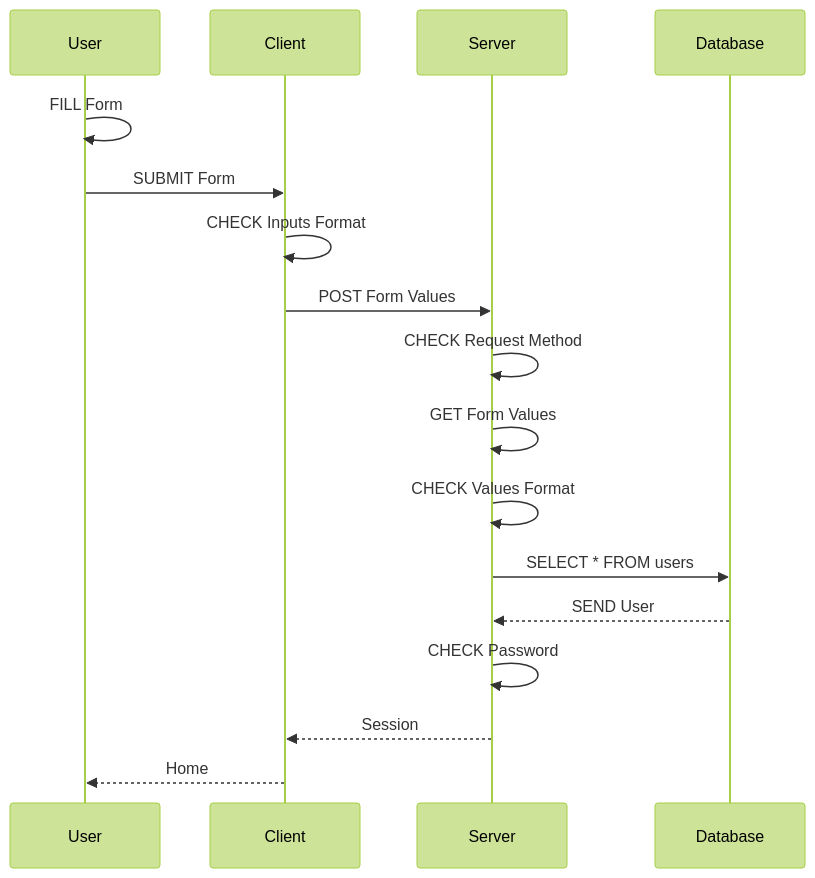
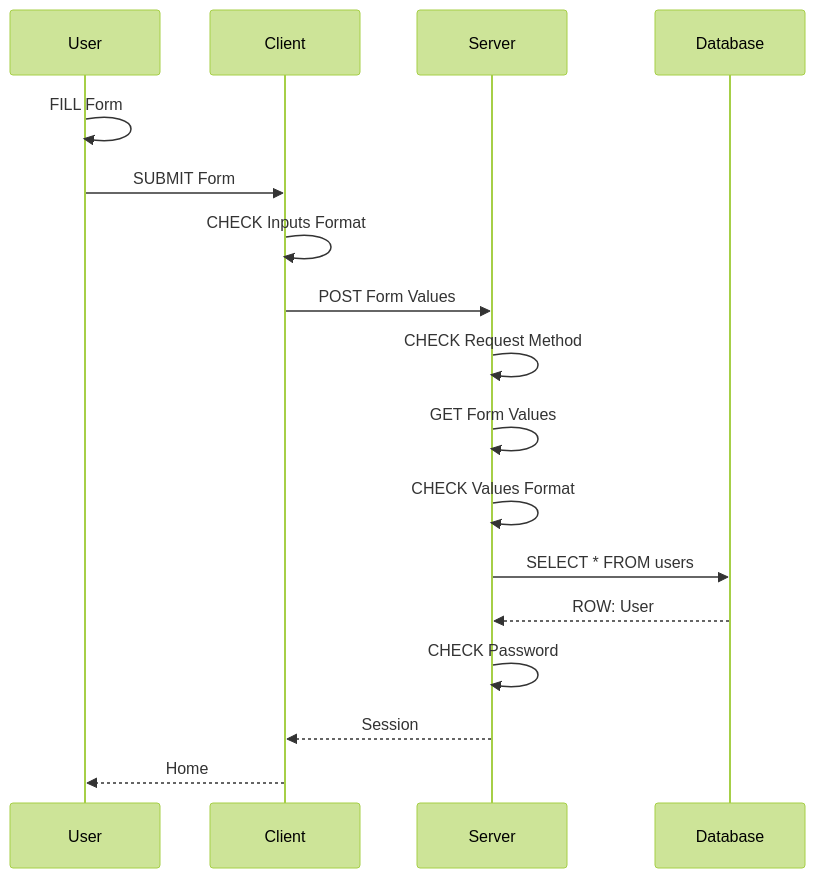
One commit to mamadbah2/social-network changed the third of 10 diagrams in README.md. Above: the diagram before and after it, drawn with Mermaid (forest theme). The commit also changed other lines of this file, not shown here.

Commit message:
Chat Sequence Diagram...

````diff
--- a/README.md
+++ b/README.md
@@ -329,20 +329,20 @@
 ```mermaid
 sequenceDiagram
     Participant User
     Participant Client
     Participant Server
     Participant Database
 
     User ->> User: FILL Form
     User ->> Client: SUBMIT Form
     Client ->> Client: CHECK Inputs Format
     Client ->> Server: POST Form Values
     Server ->> Server: CHECK Request Method
     Server ->> Server: GET Form Values
     Server ->> Server: CHECK Values Format
     Server ->> Database: SELECT * FROM users
-    Database -->> Server: SEND User
+    Database -->> Server: ROW: User
     Server ->> Server: CHECK Password
     Server -->> Client: Session
     Client -->> User: Home
 ```
````
